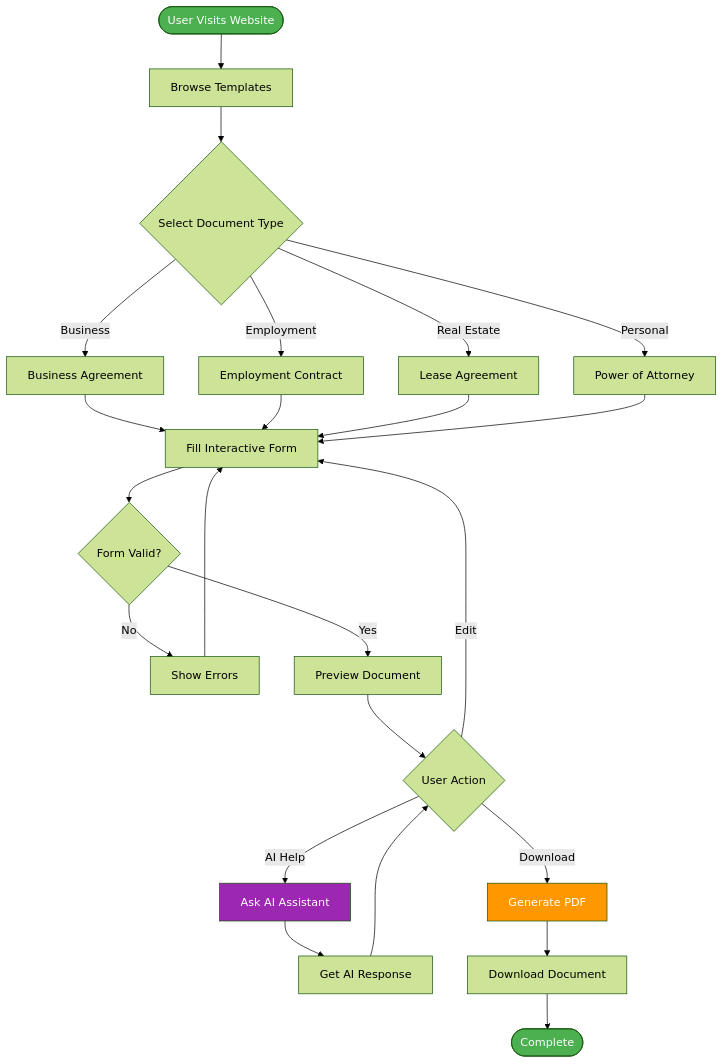
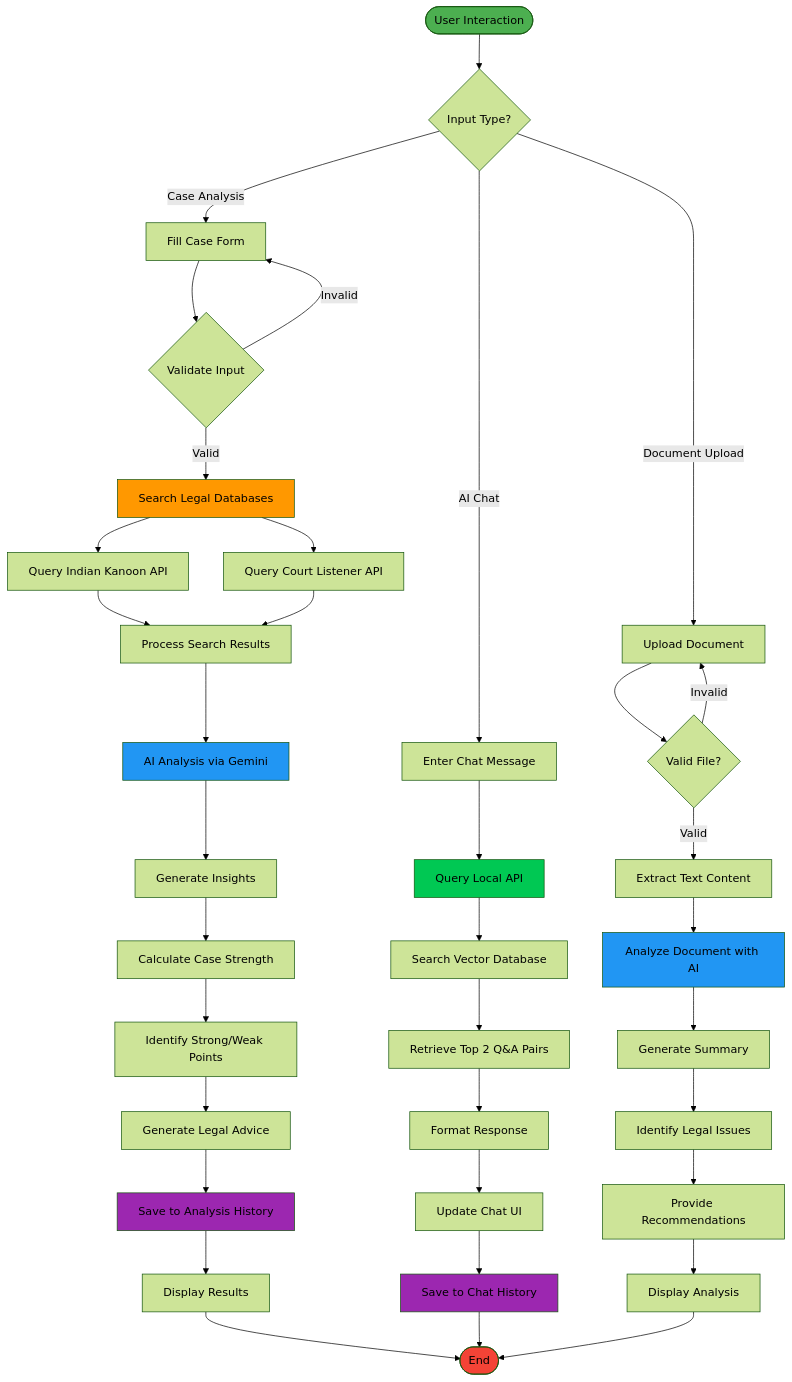
One commit to quantumNexus0/ai_legal_ecosystem changed the third of 5 diagrams in README.md. Above: the diagram before and after it, drawn with Mermaid (forest theme). The commit also changed other lines of this file, not shown here.

First line of the commit message:
Revamp README for AI Legal Ecosystem

````diff
--- a/README.md
+++ b/README.md
@@ -194,37 +324,60 @@
 ```mermaid
 flowchart TD
-    Start([User Visits Website]) --> Browse[Browse Templates]
-    Browse --> Select{Select Document Type}
+    Start([User Interaction]) --> InputType{Input Type?}
     
-    Select -->|Business| Bus[Business Agreement]
-    Select -->|Employment| Emp[Employment Contract]
-    Select -->|Real Estate| RE[Lease Agreement]
-    Select -->|Personal| Per[Power of Attorney]
+    InputType -->|Case Analysis| CaseForm[Fill Case Form]
+    InputType -->|AI Chat| ChatInput[Enter Chat Message]
+    InputType -->|Document Upload| FileUpload[Upload Document]
     
-    Bus --> Form[Fill Interactive Form]
-    Emp --> Form
-    RE --> Form
-    Per --> Form
+    CaseForm --> ValidateCase{Validate Input}
+    ValidateCase -->|Invalid| CaseForm
+    ValidateCase -->|Valid| SearchDB[Search Legal Databases]
     
-    Form --> Validate{Form Valid?}
-    Validate -->|No| Error[Show Errors]
-    Error --> Form
+    SearchDB --> IndianKanoon[Query Indian Kanoon API]
+    SearchDB --> CourtListener[Query Court Listener API]
     
-    Validate -->|Yes| Preview[Preview Document]
-    Preview --> Choice{User Action}
+    IndianKanoon --> ProcessResults[Process Search Results]
+    CourtListener --> ProcessResults
     
-    Choice -->|Edit| Form
-    Choice -->|AI Help| AI[Ask AI Assistant]
-    Choice -->|Download| PDF[Generate PDF]
+    ProcessResults --> AIAnalysis[AI Analysis via Gemini]
+    AIAnalysis --> GenerateInsights[Generate Insights]
     
-    AI --> AIResp[Get AI Response]
-    AIResp --> Choice
+    GenerateInsights --> CalculateStrength[Calculate Case Strength]
+    CalculateStrength --> IdentifyPoints[Identify Strong/Weak Points]
+    IdentifyPoints --> GenerateAdvice[Generate Legal Advice]
     
-    PDF --> Download[Download Document]
-    Download --> End([Complete])
+    GenerateAdvice --> SaveHistory[Save to Analysis History]
+    SaveHistory --> DisplayResults[Display Results]
     
-    style Start fill:#4caf50,color:#fff
-    style End fill:#4caf50,color:#fff
-    style AI fill:#9c27b0,color:#fff
-    style PDF fill:#ff9800,color:#fff
+    
+    ChatInput --> LocalSearch[Query Local API]
+    LocalSearch --> SearchVector[Search Vector Database]
+    SearchVector --> RetrieveQA[Retrieve Top 2 Q&A Pairs]
+    
+    RetrieveQA --> FormatResponse[Format Response]
+    FormatResponse --> UpdateChat[Update Chat UI]
+    UpdateChat --> SaveChat[Save to Chat History]
+    
+    FileUpload --> ValidateFile{Valid File?}
+    ValidateFile -->|Invalid| FileUpload
+    ValidateFile -->|Valid| ExtractText[Extract Text Content]
+    
+    ExtractText --> AnalyzeDoc[Analyze Document with AI]
+    AnalyzeDoc --> GenerateSummary[Generate Summary]
+    GenerateSummary --> IdentifyIssues[Identify Legal Issues]
+    IdentifyIssues --> ProvideRecommendations[Provide Recommendations]
+    ProvideRecommendations --> DisplayAnalysis[Display Analysis]
+    
+    DisplayResults --> End([End])
+    SaveChat --> End
+    DisplayAnalysis --> End
+    
+    style Start fill:#4CAF50
+    style End fill:#F44336
+    style AIAnalysis fill:#2196F3
+    style LocalSearch fill:#00C853
+    style AnalyzeDoc fill:#2196F3
+    style SearchDB fill:#FF9800
+    style SaveHistory fill:#9C27B0
+    style SaveChat fill:#9C27B0
 ```
````
